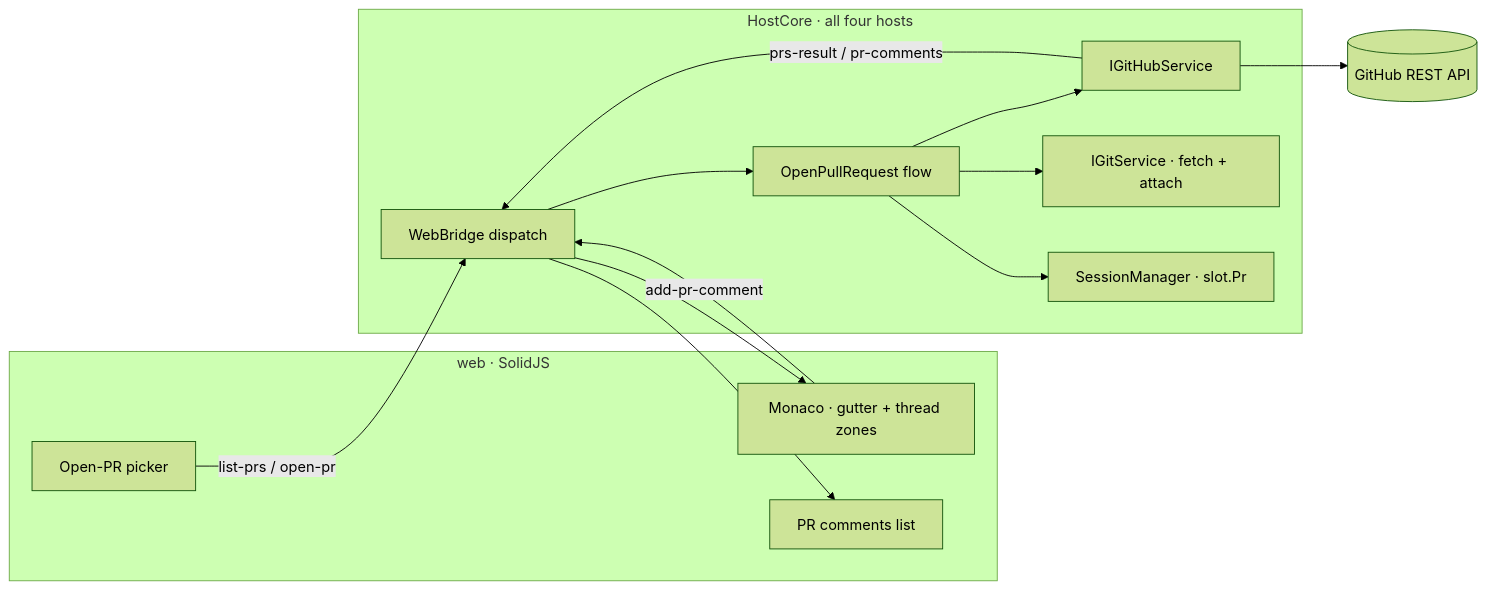
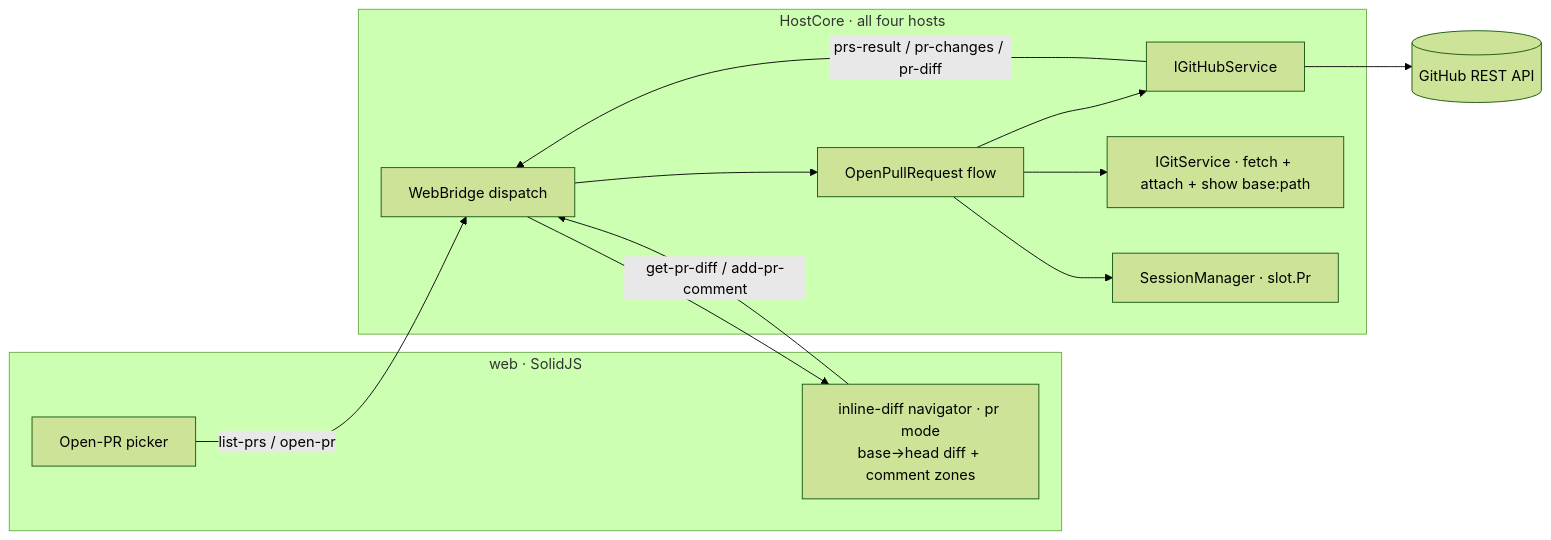
Before and after one commit to Kapps/weavie: the first of 3 diagrams in docs/specs/open-pr.md, drawn with Mermaid (forest theme). The commit also changed other lines of this file, not shown here.

First line of the commit message:
docs: render the PR as a diff in the post-turn review surface

````diff
--- a/docs/specs/open-pr.md
+++ b/docs/specs/open-pr.md
@@ -36,23 +38,21 @@
 ```mermaid
 flowchart LR
   subgraph Web[web · SolidJS]
     Picker[Open-PR picker]
-    Editor[Monaco · gutter + thread zones]
-    Panel[PR comments list]
+    Editor[inline-diff navigator · pr mode<br/>base→head diff + comment zones]
   end
   subgraph Host[HostCore · all four hosts]
     Bridge[WebBridge dispatch]
     Flow[OpenPullRequest flow]
     GH[IGitHubService]
-    Git[IGitService · fetch + attach]
+    Git[IGitService · fetch + attach + show base:path]
     Sess[SessionManager · slot.Pr]
   end
   GitHub[(GitHub REST API)]
   Picker -->|list-prs / open-pr| Bridge
-  Editor -->|add-pr-comment| Bridge
+  Editor -->|get-pr-diff / add-pr-comment| Bridge
   Bridge --> Flow --> GH --> GitHub
   Flow --> Git
   Flow --> Sess
-  GH -->|prs-result / pr-comments| Bridge --> Editor
-  Bridge --> Panel
+  GH -->|prs-result / pr-changes / pr-diff| Bridge --> Editor
 ```
````
